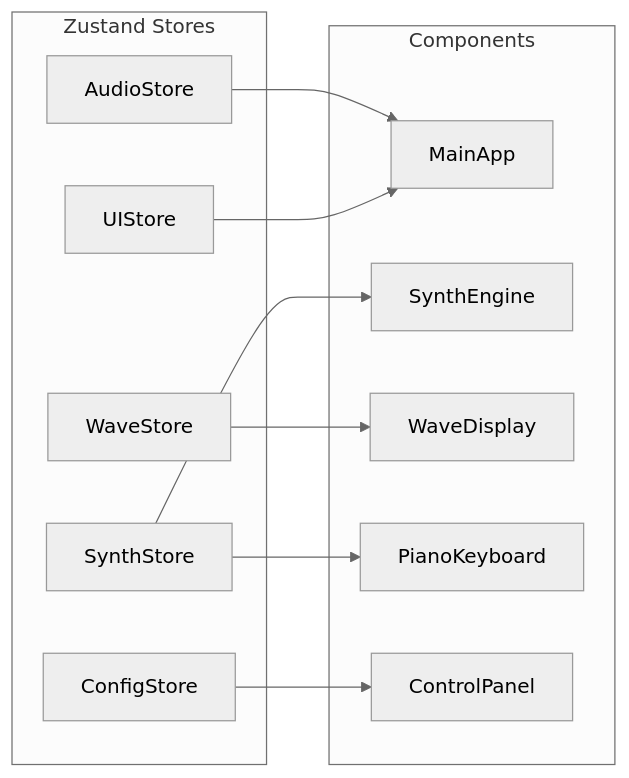
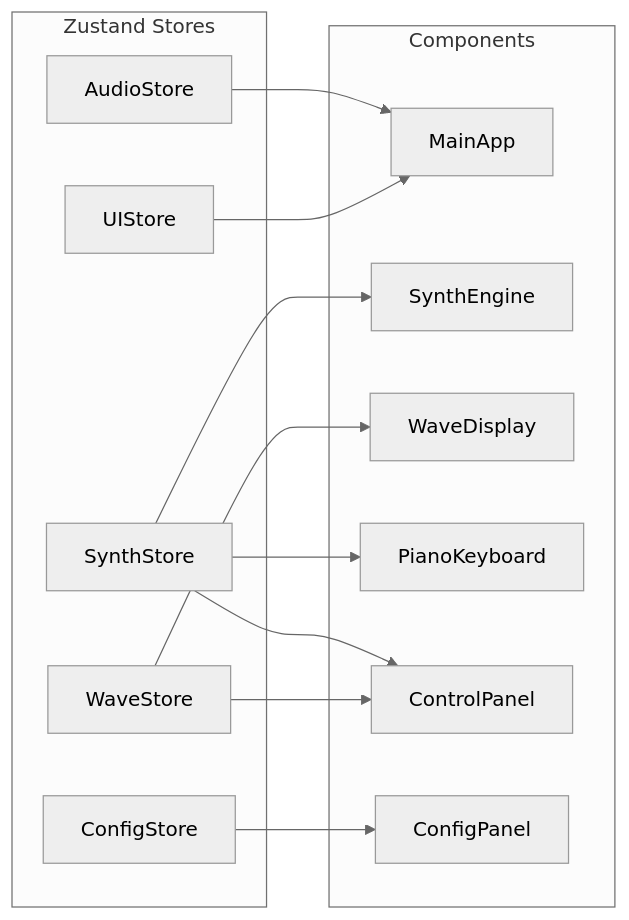
Before and after one commit to okathira-dev/opencollidoscope-web: the fifth of 6 diagrams in docs/web-design.md, drawn with Mermaid (neutral theme). The commit also changed other lines of this file and 10 other files, not shown here.

````diff
--- a/docs/web-design.md
+++ b/docs/web-design.md
@@ -159,25 +160,28 @@
 ```mermaid
 graph LR
     subgraph stores [Zustand Stores]
         AudioStore
         WaveStore
         SynthStore
         ConfigStore
         UIStore
     end
 
     subgraph components [Components]
         MainApp
         SynthEngine
         WaveDisplay
         PianoKeyboard
         ControlPanel
+        ConfigPanel
     end
 
     AudioStore --> MainApp
     WaveStore --> WaveDisplay
     SynthStore --> SynthEngine
-    ConfigStore --> ControlPanel
+    ConfigStore --> ConfigPanel
     UIStore --> MainApp
     SynthStore --> PianoKeyboard
+    SynthStore --> ControlPanel
+    WaveStore --> ControlPanel
 ```
````
